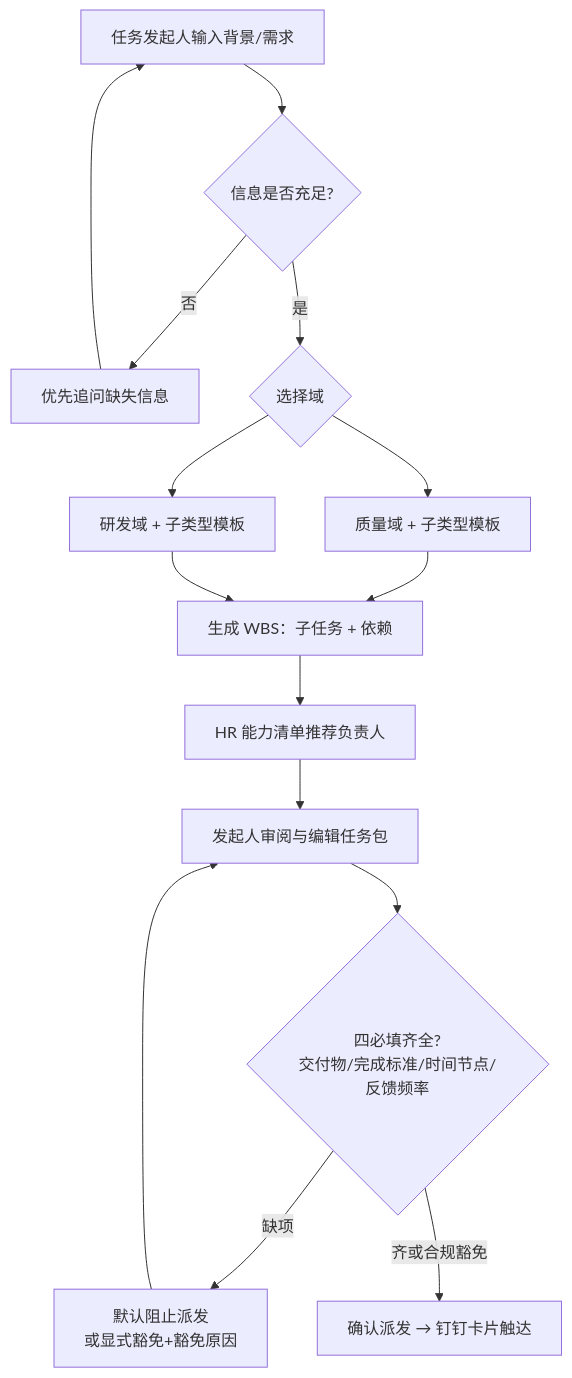
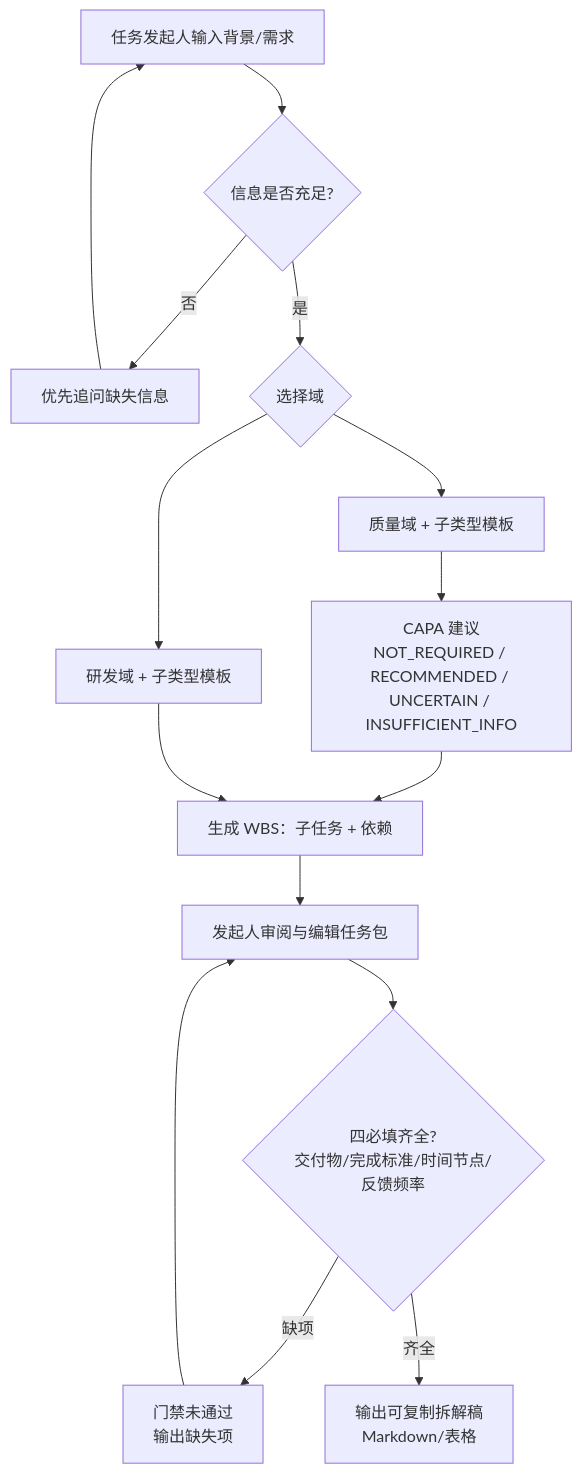
One commit to LeoHimself10/manage_robot changed the second of 7 diagrams in docs/PRD-钉钉任务规划与承接确认机器人-场景流程图.md. Above: the diagram before and after it, drawn with Mermaid. The commit also changed other lines of this file and 2 other files, not shown here.

````diff
--- a/docs/PRD-钉钉任务规划与承接确认机器人-场景流程图.md
+++ b/docs/PRD-钉钉任务规划与承接确认机器人-场景流程图.md
@@ -34,17 +32,17 @@
 ```mermaid
 flowchart TD
   S[任务发起人输入背景/需求] --> Q{信息是否充足?}
   Q -->|否| R[优先追问缺失信息]
   R --> S
   Q -->|是| T{选择域}
   T --> TQ[质量域 + 子类型模板]
   T --> TR[研发域 + 子类型模板]
-  TQ --> W[生成 WBS：子任务 + 依赖]
+  TQ --> CAPA[CAPA 建议<br/>NOT_REQUIRED / RECOMMENDED / UNCERTAIN / INSUFFICIENT_INFO]
+  CAPA --> W[生成 WBS：子任务 + 依赖]
   TR --> W
-  W --> HR[HR 能力清单推荐负责人]
-  HR --> REV[发起人审阅与编辑任务包]
+  W --> REV[发起人审阅与编辑任务包]
   REV --> G4{四必填齐全?<br/>交付物/完成标准/时间节点/反馈频率}
-  G4 -->|缺项| BLOCK[默认阻止派发<br/>或显式豁免+豁免原因]
+  G4 -->|缺项| BLOCK[门禁未通过<br/>输出缺失项]
   BLOCK --> REV
-  G4 -->|齐或合规豁免| DIS[确认派发 → 钉钉卡片触达]
+  G4 -->|齐全| OUT[输出可复制拆解稿<br/>Markdown/表格]
 ```
````
